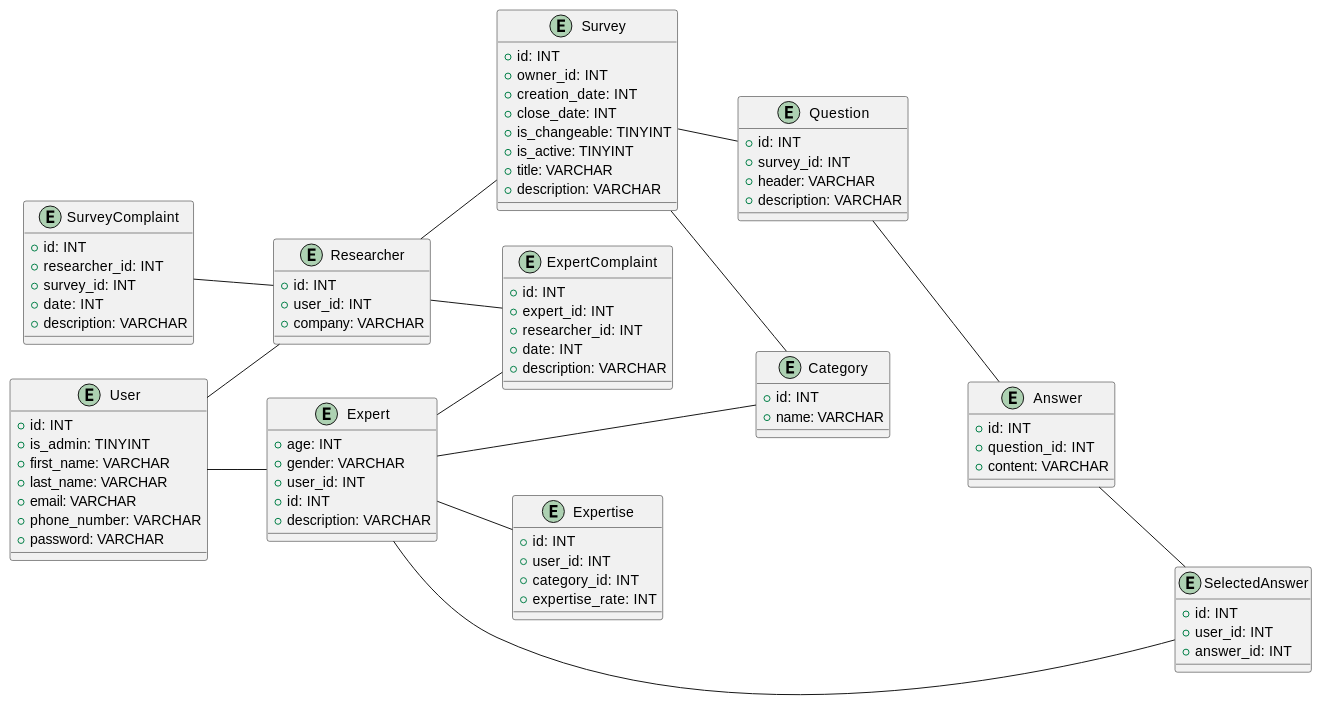
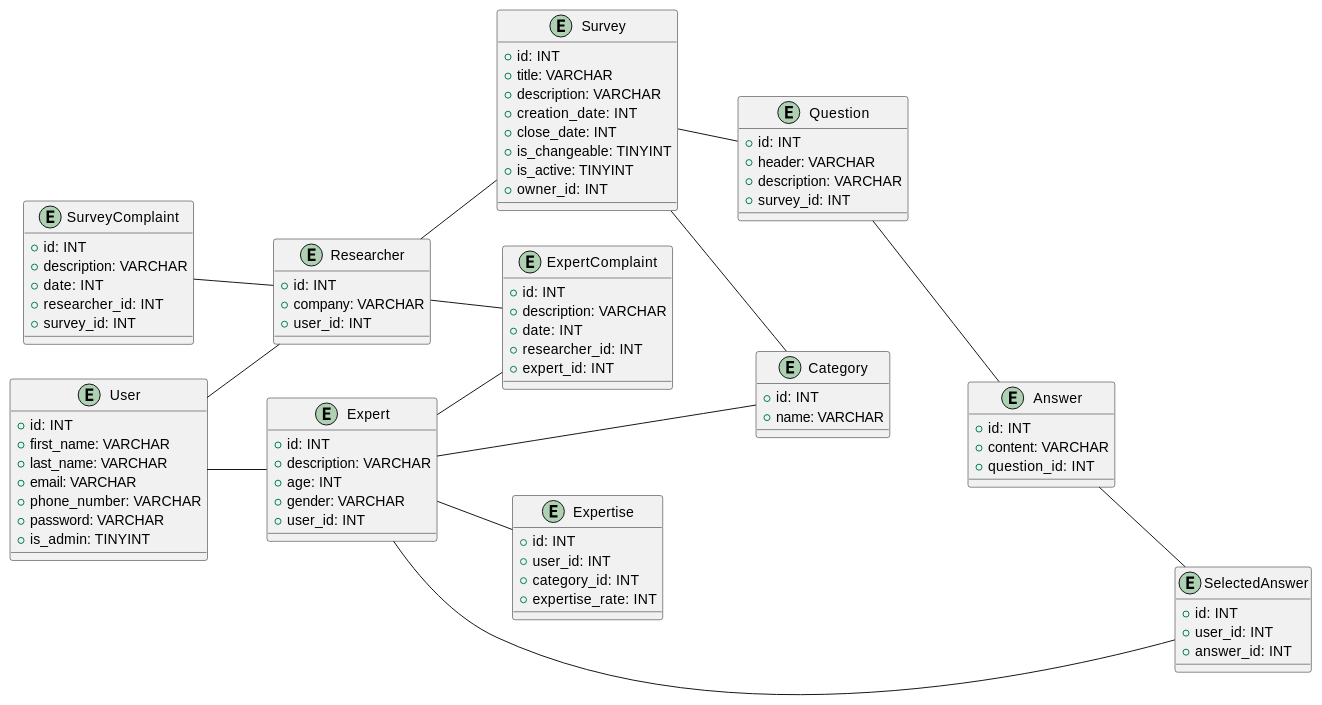
One commit to generalmaks/db_labs changed the second of 2 diagrams in docs/design.md. Above: the diagram before and after it, drawn with PlantUML.

Commit message:
fix ER-model text position

```diff
--- a/docs/design.md
+++ b/docs/design.md
@@ -175,73 +175,77 @@
   
    entity "User" {
     + id: INT 
-    + is_admin: TINYINT
     + first_name: VARCHAR
     + last_name: VARCHAR
     + email: VARCHAR
     + phone_number: VARCHAR
-    + password: VARCHAR  
+    + password: VARCHAR 
+    + is_admin: TINYINT
   }
+  
   
   entity "Researcher" {
     + id: INT 
+    + company: VARCHAR
     + user_id: INT
-    + company: VARCHAR
+    
   }
   
   entity "Expert" {
+    + id: INT
+    + description: VARCHAR
     + age: INT 
     + gender: VARCHAR
     + user_id: INT
-    + id: INT
-    + description: VARCHAR
   }
+  
   
    entity "ExpertComplaint" {
     + id: INT
-    + expert_id: INT
+    + description: VARCHAR
+    + date: INT
     + researcher_id: INT
-    + date: INT
-    + description: VARCHAR 
+    + expert_id: INT   
   }
   
   entity "SurveyComplaint" {
     + id: INT
+    + description: VARCHAR
+    + date: INT
     + researcher_id: INT
-    + survey_id: INT
-    + date: INT
-    + description: VARCHAR
+    + survey_id: INT    
   }
   
    entity "Survey" {
     + id: INT
-    + owner_id: INT
+    + title: VARCHAR
+    + description: VARCHAR 
     + creation_date: INT
     + close_date: INT
     + is_changeable: TINYINT
     + is_active: TINYINT
-    + title: VARCHAR 
-    + description: VARCHAR  
+    + owner_id: INT
   }
-  
+
    entity "Question" {
     + id: INT
-    + survey_id: INT
     + header: VARCHAR 
     + description: VARCHAR
+    + survey_id: INT
   }
   
   entity "Answer" {
     + id: INT 
+    + content: VARCHAR
     + question_id: INT
-    + content: VARCHAR
+    
   }
   
   entity "Category" {
     + id: INT
     + name: VARCHAR 
   }
-  
+
    entity "Expertise" {
     + id: INT 
     + user_id: INT
```
